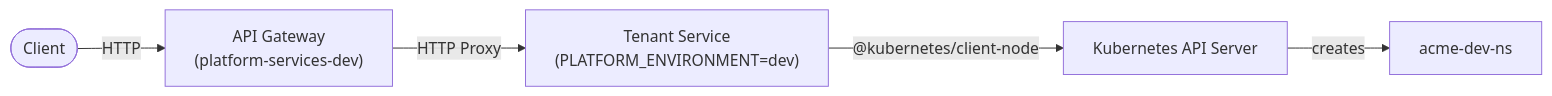
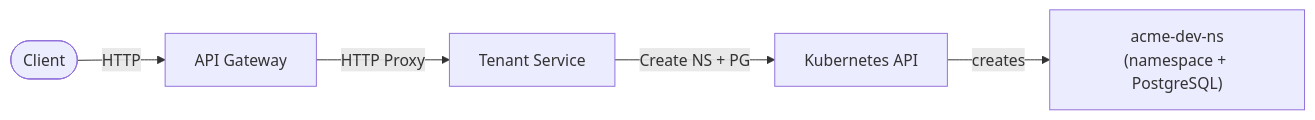
Before and after one commit to ccarnero/colloqui: diagram 12 of 16 in ARCHITECTURE.md, drawn with Mermaid. The commit also changed other lines of this file and 23 other files, not shown here.

````diff
--- a/ARCHITECTURE.md
+++ b/ARCHITECTURE.md
@@ -453,7 +543,7 @@
 ```mermaid
 graph LR
-    C([Client]) -->|HTTP| GW["API Gateway<br/>(platform-services-dev)"]
-    GW -->|HTTP Proxy| TS["Tenant Service<br/>(PLATFORM_ENVIRONMENT=dev)"]
-    TS -->|"@kubernetes/client-node"| K8sAPI[Kubernetes API Server]
-    K8sAPI -->|creates| NS["acme-dev-ns"]
+    C([Client]) -->|HTTP| GW["API Gateway"]
+    GW -->|HTTP Proxy| TS["Tenant Service"]
+    TS -->|Create NS + PG| K8sAPI[Kubernetes API]
+    K8sAPI -->|creates| NS["acme-dev-ns<br/>(namespace + PostgreSQL)"]
 ```
````
